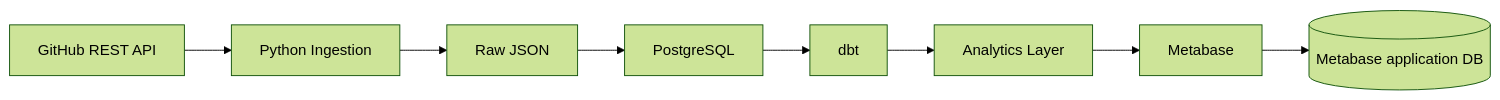
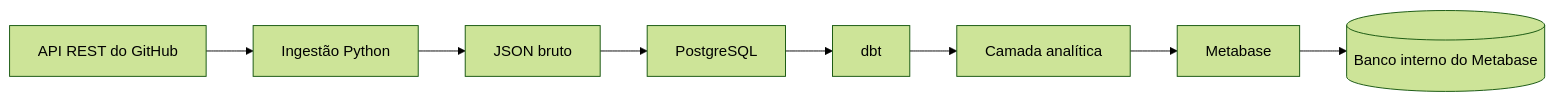
One commit to leopaulaferreira/gitlog changed the diagram in docs/architecture.md. Above: the diagram before and after it, drawn with Mermaid (forest theme). The commit also changed 4 other files, not shown here.

````diff
--- a/docs/architecture.md
+++ b/docs/architecture.md
@@ -46,10 +46,10 @@
 ```mermaid
 flowchart LR
-    A[GitHub REST API] --> B[Python Ingestion]
-    B --> C[Raw JSON]
+    A[API REST do GitHub] --> B[Ingestão Python]
+    B --> C[JSON bruto]
     C --> D[PostgreSQL]
     D --> E[dbt]
-    E --> F[Analytics Layer]
+    E --> F[Camada analítica]
     F --> G[Metabase]
-    G --> H[(Metabase application DB)]
+    G --> H[(Banco interno do Metabase)]
 ```
````
